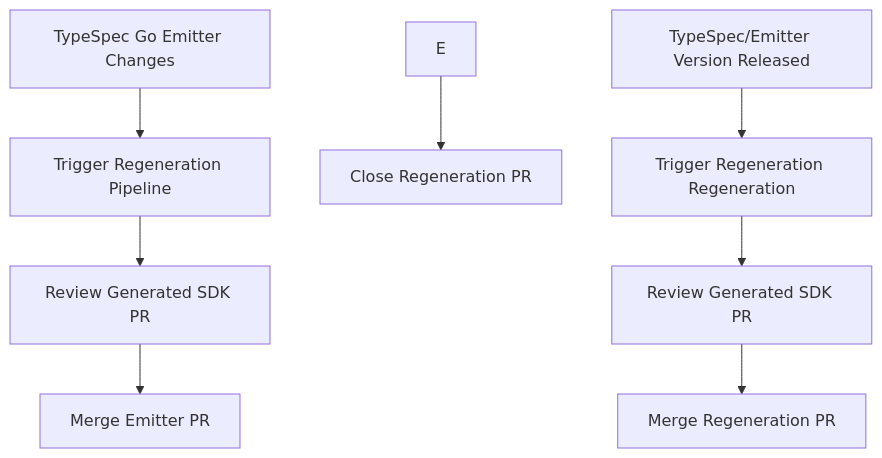
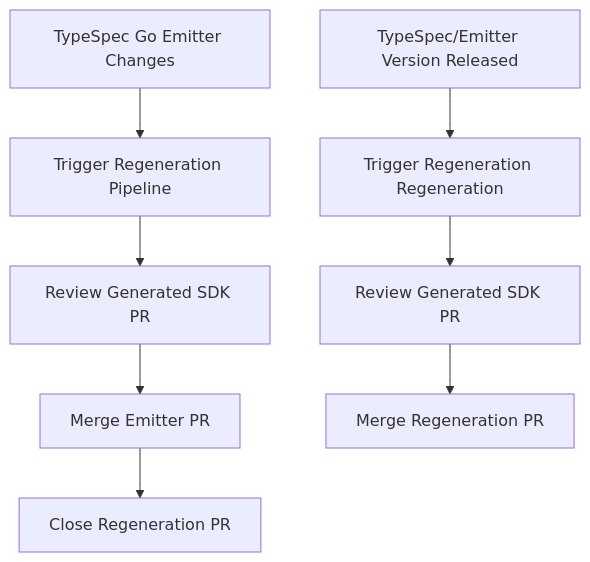
One commit to Azure/autorest.go changed the diagram in docs/sdk-regeneration-pipeline.md. Above: the diagram before and after it, drawn with Mermaid.

Commit message:
update workflow

````diff
--- a/docs/sdk-regeneration-pipeline.md
+++ b/docs/sdk-regeneration-pipeline.md
@@ -102,11 +102,11 @@
 ```mermaid
 graph TB
     A[TypeSpec Go Emitter Changes] --> B[Trigger Regeneration Pipeline]
     B --> C[Review Generated SDK PR]
     C --> D[Merge Emitter PR]
-    E --> G[Close Regeneration PR]
+    D --> E[Close Regeneration PR]
     
     K[TypeSpec/Emitter Version Released] --> L[Trigger Regeneration Regeneration]
     L --> M[Review Generated SDK PR]
     M --> N[Merge Regeneration PR]
 ```
````
